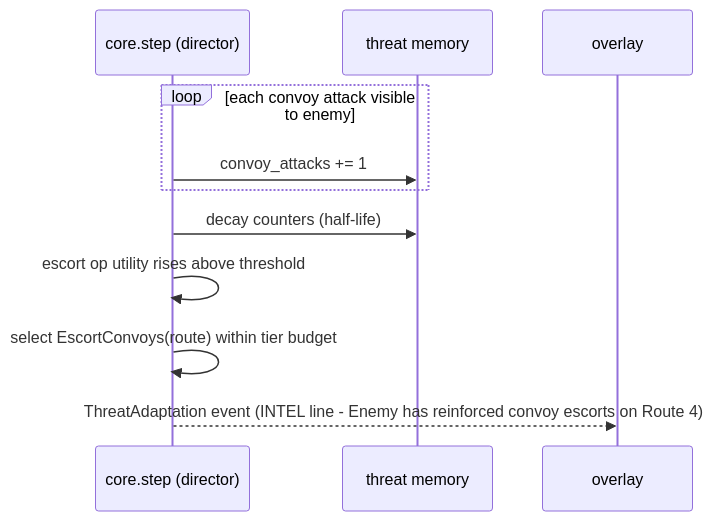
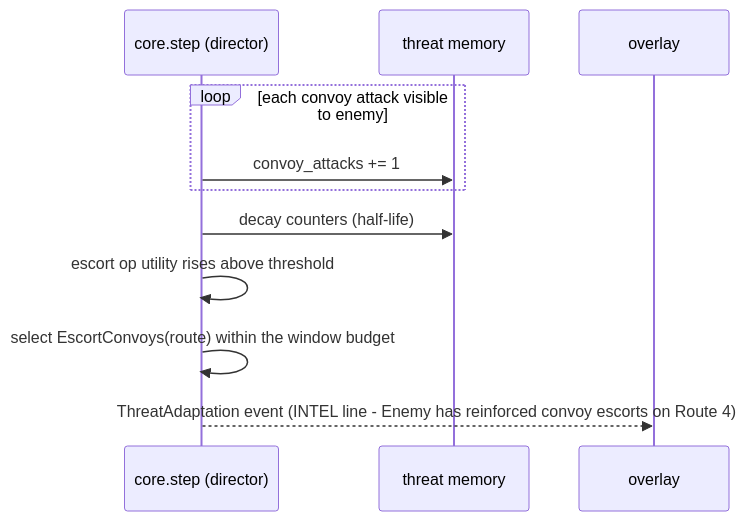
One commit to operation-nexus/operation-nexus changed diagram 14 of 20 in docs/specs/STATE-MACHINES-AND-FLOWS.md. Above: the diagram before and after it, drawn with Mermaid. The commit also changed other lines of this file and 59 other files, not shown here.

````diff
--- a/docs/specs/STATE-MACHINES-AND-FLOWS.md
+++ b/docs/specs/STATE-MACHINES-AND-FLOWS.md
@@ -497,13 +497,13 @@
 ```mermaid
 sequenceDiagram
     participant K as core.step (director)
     participant M as threat memory
     participant O as overlay
     loop each convoy attack visible to enemy
         K->>M: convoy_attacks += 1
     end
     K->>M: decay counters (half-life)
     K->>K: escort op utility rises above threshold
-    K->>K: select EscortConvoys(route) within tier budget
+    K->>K: select EscortConvoys(route) within the window budget
     K-->>O: ThreatAdaptation event (INTEL line - Enemy has reinforced convoy escorts on Route 4)
 ```
````
